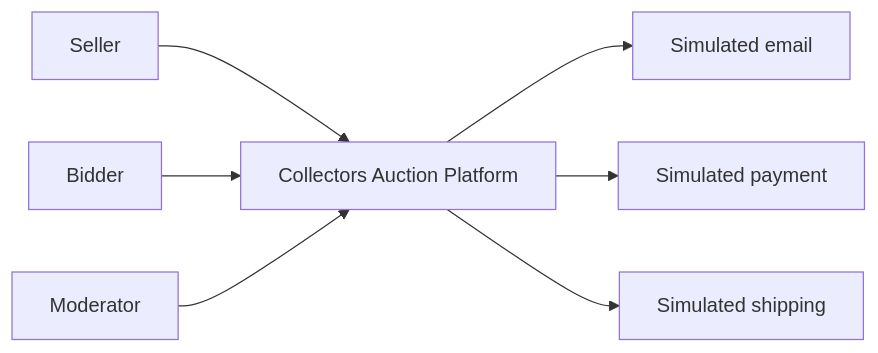
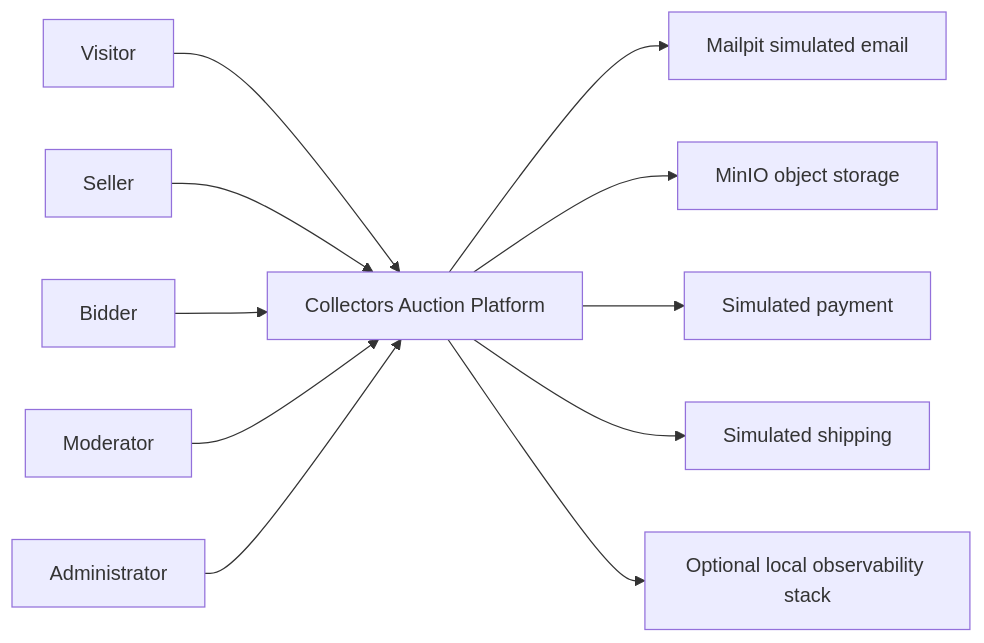
The diagram in docs/architecture/system-context.md (klisman99/collectors-auction-platform), drawn with Mermaid before and after one commit. The commit also changed other lines of this file and 17 other files, not shown here.

```diff
--- a/docs/architecture/system-context.md
+++ b/docs/architecture/system-context.md
@@ -7,9 +7,13 @@
 ~~~mermaid
 flowchart LR
-    Seller[Seller] --> Platform[Collectors Auction Platform]
+    Visitor[Visitor] --> Platform[Collectors Auction Platform]
+    Seller[Seller] --> Platform
     Bidder[Bidder] --> Platform
     Moderator[Moderator] --> Platform
-    Platform --> Email[Simulated email]
+    Administrator[Administrator] --> Platform
+    Platform --> Email[Mailpit simulated email]
+    Platform --> Objects[MinIO object storage]
     Platform --> Payment[Simulated payment]
     Platform --> Shipping[Simulated shipping]
+    Platform --> Observability[Optional local observability stack]
 ~~~
```
